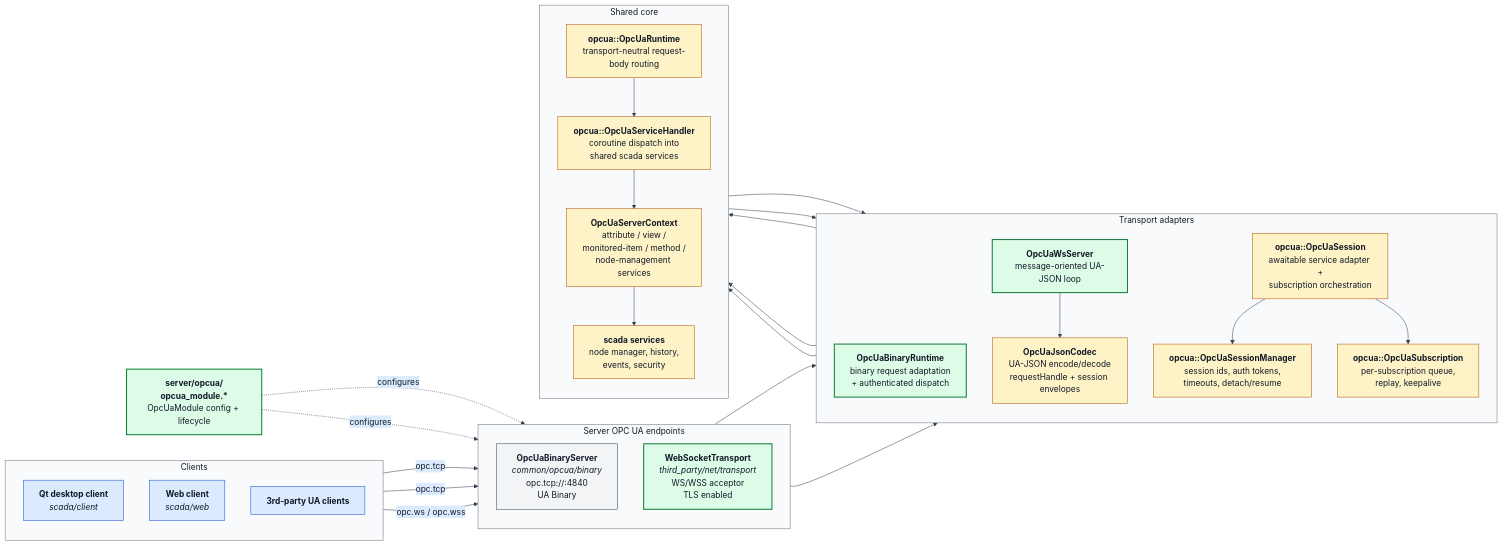
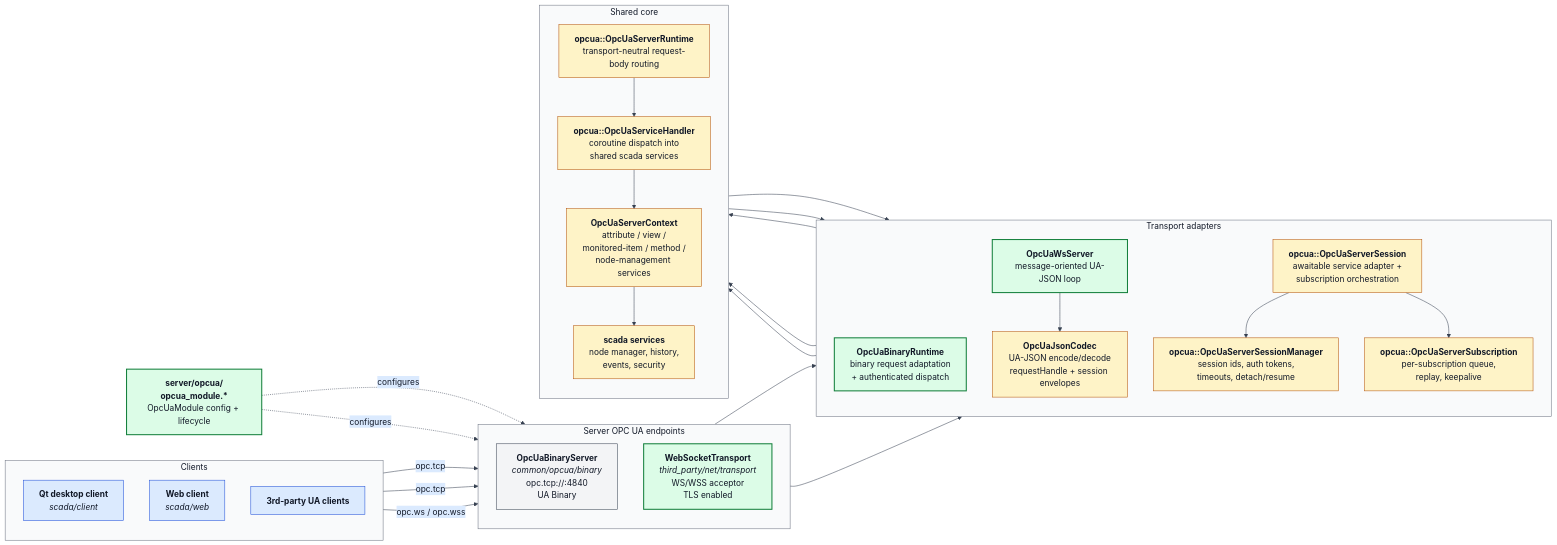
Before and after one commit to alexsmn/scada-common: the diagram in docs/diagrams/opcua_architecture.mmd, drawn with Mermaid. The commit also changed 199 other files, not shown here.

```diff
--- a/docs/diagrams/opcua_architecture.mmd
+++ b/docs/diagrams/opcua_architecture.mmd
@@ -1,86 +1,86 @@
 %%{init: {
   'theme': 'base',
   'themeVariables': {
     'background': '#ffffff',
     'primaryColor': '#f3f4f6',
     'primaryBorderColor': '#374151',
     'primaryTextColor': '#111827',
     'secondaryColor': '#dbeafe',
     'secondaryBorderColor': '#1d4ed8',
     'secondaryTextColor': '#111827',
     'tertiaryColor': '#fef3c7',
     'tertiaryBorderColor': '#b45309',
     'tertiaryTextColor': '#111827',
     'lineColor': '#374151',
     'defaultLinkColor': '#374151',
     'clusterBkg': '#f9fafb',
     'clusterBorder': '#6b7280',
     'titleColor': '#111827'
   },
   'flowchart': {'htmlLabels': true}
 }}%%
 flowchart LR
     subgraph Clients["Clients"]
         direction TB
         QT["<b>Qt desktop client</b><br/><i>scada/client</i>"]
         WEB["<b>Web client</b><br/><i>scada/web</i>"]
         NATIVE["<b>3rd-party UA clients</b>"]
     end
 
     subgraph Endpoints["Server OPC UA endpoints"]
         direction TB
         TCP["<b>OpcUaBinaryServer</b><br/><i>common/opcua/binary</i><br/>opc.tcp://:4840<br/>UA Binary"]
         WSSOCK["<b>WebSocketTransport</b><br/><i>third_party/net/transport</i><br/>WS/WSS acceptor<br/>TLS enabled"]
     end
 
     subgraph Adapters["Transport adapters"]
         direction TB
         BINARY["<b>OpcUaBinaryRuntime</b><br/>binary request adaptation<br/>+ authenticated dispatch"]
         WS["<b>OpcUaWsServer</b><br/>message-oriented UA-JSON loop"]
-        SESS["<b>opcua::OpcUaSession</b><br/>awaitable service adapter +<br/>subscription orchestration"]
-        SMGR["<b>opcua::OpcUaSessionManager</b><br/>session ids, auth tokens,<br/>timeouts, detach/resume"]
-        SUB["<b>opcua::OpcUaSubscription</b><br/>per-subscription queue,<br/>replay, keepalive"]
+        SESS["<b>opcua::OpcUaServerSession</b><br/>awaitable service adapter +<br/>subscription orchestration"]
+        SMGR["<b>opcua::OpcUaServerSessionManager</b><br/>session ids, auth tokens,<br/>timeouts, detach/resume"]
+        SUB["<b>opcua::OpcUaServerSubscription</b><br/>per-subscription queue,<br/>replay, keepalive"]
         CODEC["<b>OpcUaJsonCodec</b><br/>UA-JSON encode/decode<br/>requestHandle + session envelopes"]
     end
 
     subgraph Core["Shared core"]
         direction TB
-        RT["<b>opcua::OpcUaRuntime</b><br/>transport-neutral request-body routing"]
+        RT["<b>opcua::OpcUaServerRuntime</b><br/>transport-neutral request-body routing"]
         HANDLER["<b>opcua::OpcUaServiceHandler</b><br/>coroutine dispatch into<br/>shared scada services"]
         CTX["<b>OpcUaServerContext</b><br/>attribute / view /<br/>monitored-item / method /<br/>node-management services"]
         SVC["<b>scada services</b><br/>node manager, history,<br/>events, security"]
     end
 
     MOD["<b>server/opcua/<br/>opcua_module.*</b><br/>OpcUaModule config + lifecycle"]
 
     QT -->|opc.tcp| TCP
     NATIVE -->|opc.tcp| TCP
     WEB -->|opc.ws / opc.wss| WSSOCK
 
     WSSOCK --> WS
     WS --> CODEC
     WS --> RT
     TCP --> BINARY
     BINARY --> RT
     RT --> SESS
     RT --> SMGR
     RT --> HANDLER
     SESS --> SMGR
     SESS --> SUB
     HANDLER --> CTX
     SMGR --> CTX
 
     CTX --> SVC
 
     MOD -.configures.-> TCP
     MOD -.configures.-> WSSOCK
 
     classDef clientStyle fill:#dbeafe,stroke:#1d4ed8,color:#111827
     classDef newModule fill:#dcfce7,stroke:#15803d,color:#111827,stroke-width:2px
     classDef existing fill:#f3f4f6,stroke:#374151,color:#111827
     classDef core fill:#fef3c7,stroke:#b45309,color:#111827
     class QT,WEB,NATIVE clientStyle
     class WSSOCK,WS,BINARY,MOD newModule
     class TCP existing
     class SESS,SMGR,SUB,CODEC core
     class RT,HANDLER,CTX,SVC core
```
